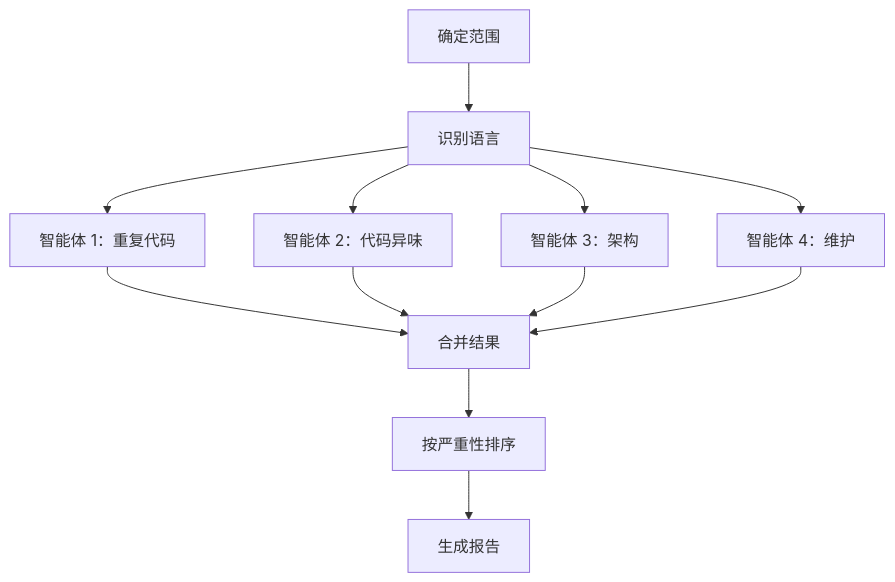
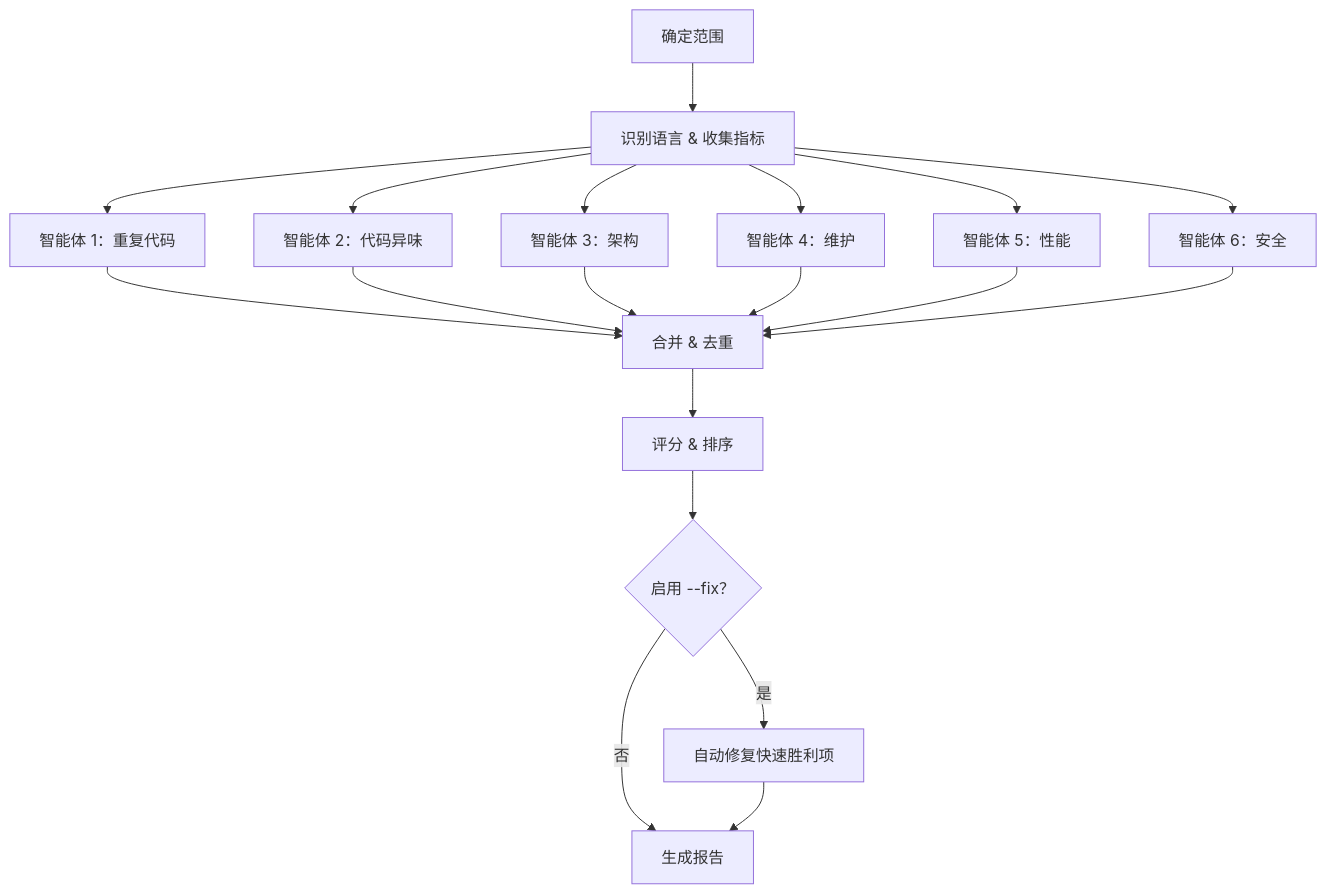
Before and after one commit to MitchellX/awesome-skills: the diagram in skills/techdebt/README_CN.md, drawn with Mermaid. The commit also changed other lines of this file and 1 other file, not shown here.

````diff
--- a/skills/techdebt/README_CN.md
+++ b/skills/techdebt/README_CN.md
@@ -24,14 +29,21 @@
 ```mermaid
 flowchart TD
-    A[确定范围] --> B[识别语言]
+    A[确定范围] --> B[识别语言 & 收集指标]
     B --> C1[智能体 1：重复代码]
     B --> C2[智能体 2：代码异味]
     B --> C3[智能体 3：架构]
     B --> C4[智能体 4：维护]
-    C1 --> D[合并结果]
+    B --> C5[智能体 5：性能]
+    B --> C6[智能体 6：安全]
+    C1 --> D[合并 & 去重]
     C2 --> D
     C3 --> D
     C4 --> D
-    D --> E[按严重性排序]
-    E --> F[生成报告]
+    C5 --> D
+    C6 --> D
+    D --> E[评分 & 排序]
+    E --> F{启用 --fix？}
+    F -->|是| G[自动修复快速胜利项]
+    F -->|否| H[生成报告]
+    G --> H
 ```
````
